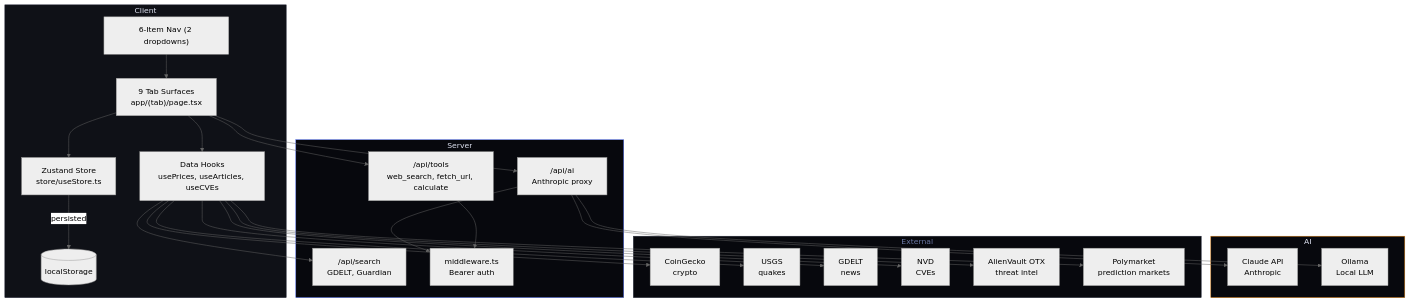
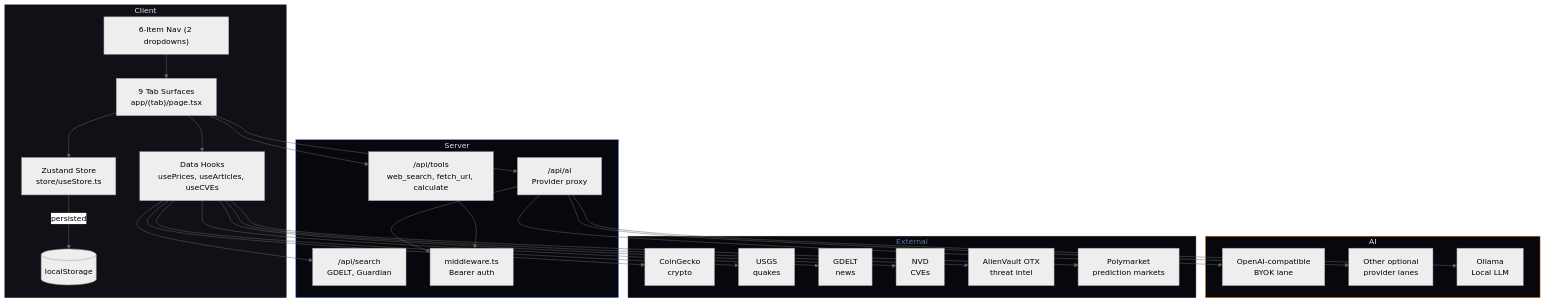
One commit to mad818/personal changed the second of 2 diagrams in README.md. Above: the diagram before and after it, drawn with Mermaid (neutral theme). The commit also changed other lines of this file and 150 other files, not shown here.

````diff
--- a/README.md
+++ b/README.md
@@ -109,49 +116,51 @@
 ```mermaid
 flowchart TD
     subgraph Client
         NAV["6-Item Nav (2 dropdowns)"] --> TABS["9 Tab Surfaces<br/>app/(tab)/page.tsx"]
         TABS --> STORE["Zustand Store<br/>store/useStore.ts"]
         STORE -->|persisted| LS[("localStorage")]
         TABS --> HOOKS["Data Hooks<br/>usePrices, useArticles, useCVEs"]
     end
 
     subgraph Server
-        API_AI["/api/ai<br/>Anthropic proxy"]
+        API_AI["/api/ai<br/>Provider proxy"]
         API_TOOLS["/api/tools<br/>web_search, fetch_url, calculate"]
         API_SEARCH["/api/search<br/>GDELT, Guardian"]
         MIDDLEWARE["middleware.ts<br/>Bearer auth"]
     end
 
     subgraph AI
-        CLAUDE["Claude API<br/>Anthropic"]
+        OPENAI["OpenAI-compatible<br/>BYOK lane"]
+        BYOK["Other optional<br/>provider lanes"]
         OLLAMA["Ollama<br/>Local LLM"]
     end
 
     subgraph External
         CG["CoinGecko<br/>crypto"]
         USGS["USGS<br/>quakes"]
         GDELT["GDELT<br/>news"]
         NVD["NVD<br/>CVEs"]
         OTX["AlienVault OTX<br/>threat intel"]
         POLY["Polymarket<br/>prediction markets"]
     end
 
     HOOKS --> API_SEARCH
     TABS --> API_AI
     TABS --> API_TOOLS
     API_AI --> MIDDLEWARE
     API_TOOLS --> MIDDLEWARE
-    API_AI --> CLAUDE
+    API_AI --> OPENAI
+    API_AI --> BYOK
     API_AI --> OLLAMA
     HOOKS --> CG
     HOOKS --> USGS
     HOOKS --> GDELT
     HOOKS --> NVD
     HOOKS --> OTX
     HOOKS --> POLY
 
     style Client fill:#0f1117,stroke:#1e2233,color:#dde1f0
     style Server fill:#07080d,stroke:#4f6ef7,color:#dde1f0
     style AI fill:#07080d,stroke:#d97706,color:#dde1f0
     style External fill:#07080d,stroke:#1e2233,color:#6875a0
 ```
````
